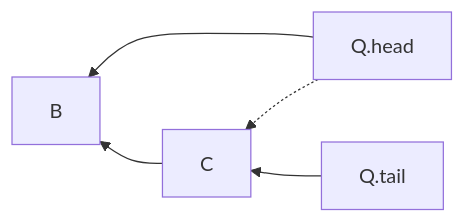
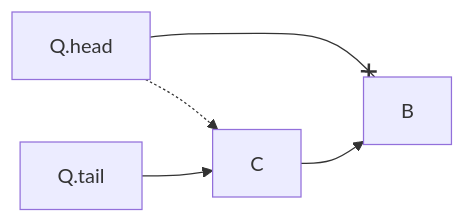
Diagram 12 of 15 in Computer science/Data structures/Queue.md (Eurydia/notes-singularity), drawn with Mermaid before and after one commit. The commit also changed other lines of this file and 4 other files, not shown here.

````diff
--- a/Computer science/Data structures/Queue.md
+++ b/Computer science/Data structures/Queue.md
@@ -114,6 +114,6 @@
 	```mermaid
-	flowchart RL
+	flowchart LR
+		Q.head--xB
+		Q.tail-->C-->B
 		Q.head-.->C
-		Q.head-->B
-		Q.tail-->C-->B
 	```
````
